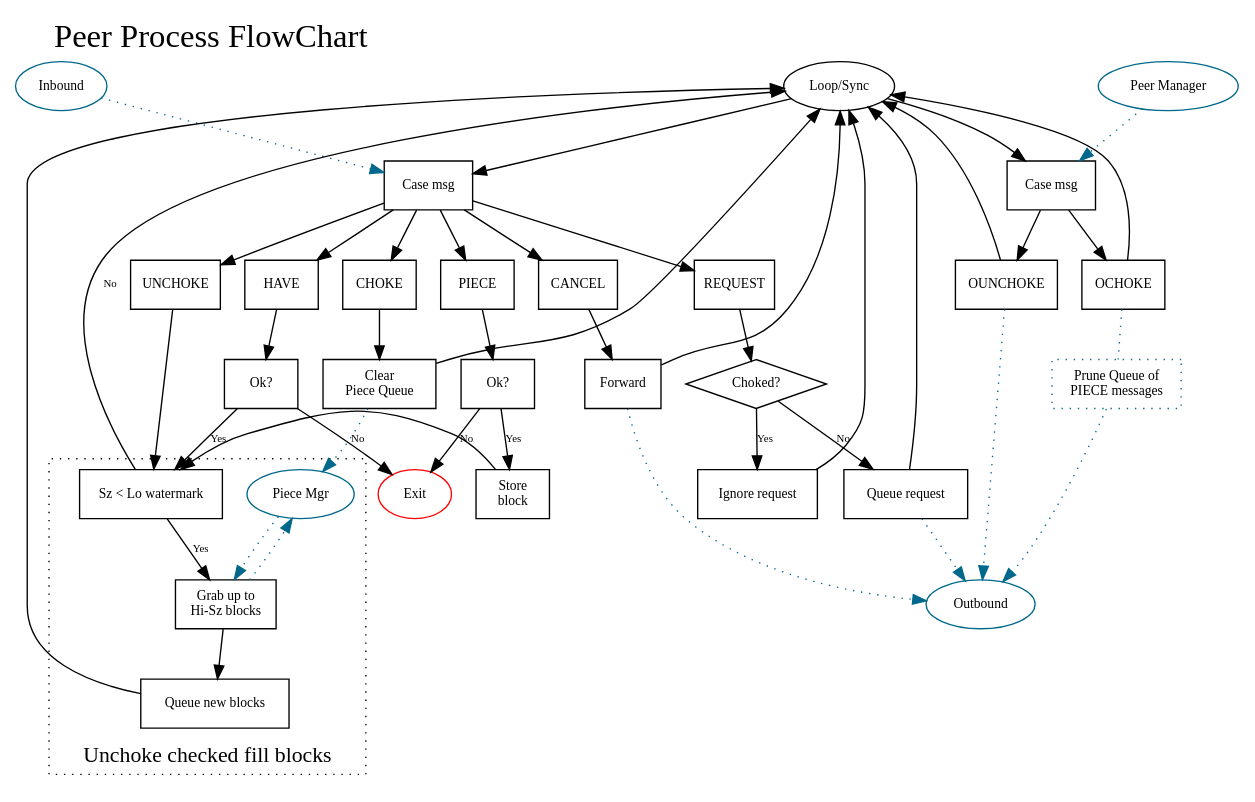
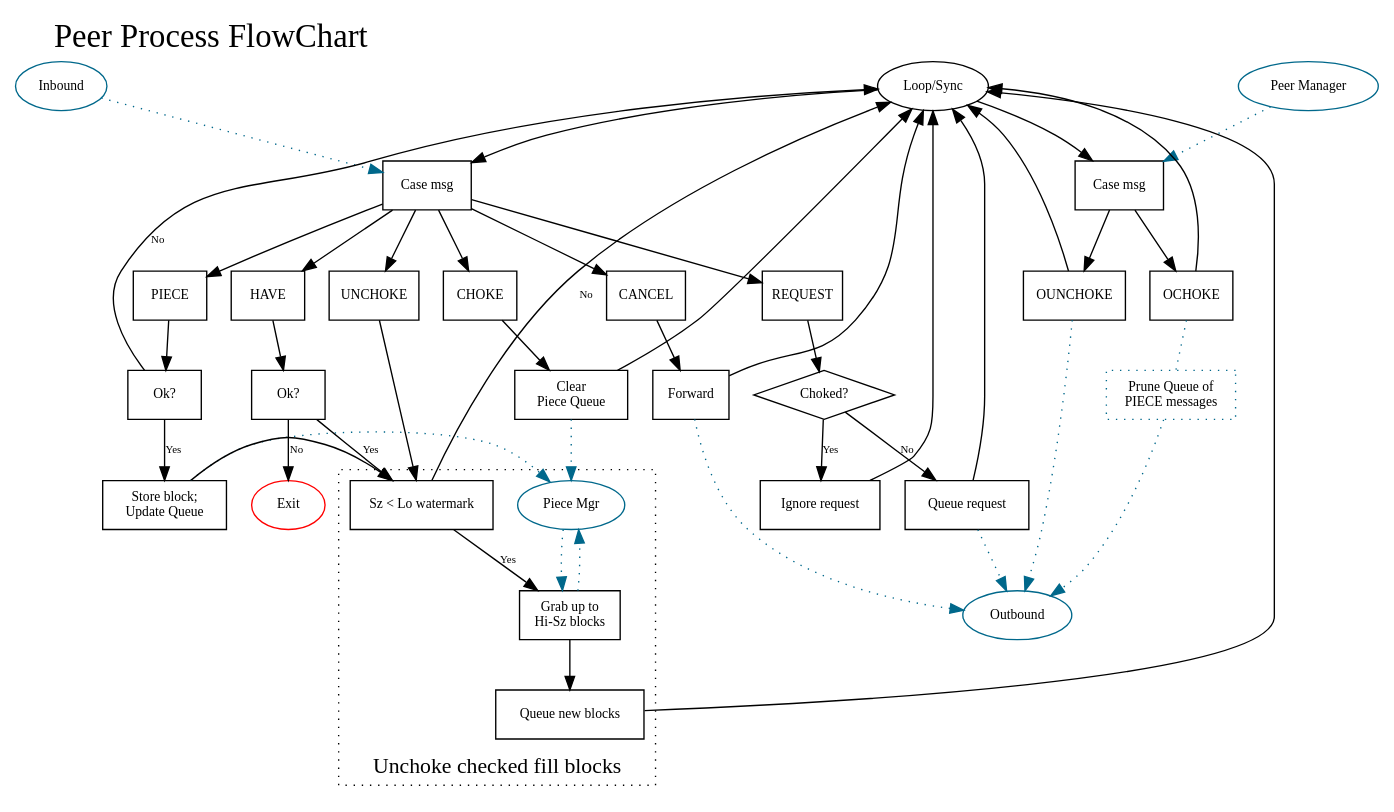
The diagram in doc/Peer.dot (jlouis/combinatorrent), drawn with Graphviz before and after one commit. The commit also changed 3 other files, not shown here.

```diff
--- a/doc/Peer.dot
+++ b/doc/Peer.dot
@@ -1,137 +1,138 @@
 digraph {
 	node [fontname="URW Gothic L",fontsize=10];
 	edge [fontname="URW Gothic L",fontsize=8];
 
 	labeljust = l;
 	labelloc = t;
 
 	fontsize = 24;
 	fontname="URW Gothic L";
 	label = "Peer Process FlowChart";
 
 
 	// External communication
 	{ rank=same;
 	  inbound [label="Inbound", shape=ellipse,color=deepskyblue4];
 	  loop [label="Loop/Sync"];
         }
 
 	outbound [label="Outbound", shape=ellipse,color=deepskyblue4];
 	peerMgr  [label="Peer Manager",shape=ellipse,color=deepskyblue4];
 	pieceMgr [label="Piece Mgr",shape=ellipse,color=deepskyblue4];
 
 	exit [label="Exit",color=red];
 
 	node [shape=box];
 
 	// Loop
 	caseMsg [label="Case msg"];
 	casePMMsg [label="Case msg"];
 
 	inbound -> caseMsg [style=dotted,color=deepskyblue4];
 	loop -> caseMsg;
 	peerMgr -> casePMMsg [style=dotted,color=deepskyblue4];
 	loop -> casePMMsg;
 
 	{ rank=same;
 	  piece [label="PIECE"];
 	  have [label="HAVE"];
 	  cancel [label="CANCEL"];
 	  unchoke [label="UNCHOKE"];
 	  choke [label="CHOKE"];
 	  request [label="REQUEST"];
 	  ochoke [label="OCHOKE"];
 	  ounchoke [label="OUNCHOKE"];
         }
 
 	// OUnchoke
 
 	casePMMsg -> ounchoke;
 	ounchoke -> outbound [style=dotted,color=deepskyblue4];
 	ounchoke -> loop;
 
 	// OChoke
 	chokePrune [label="Prune Queue of\nPIECE messages",style=dotted,shape=box,color=deepskyblue4];
 
 	casePMMsg -> ochoke;
 	ochoke -> chokePrune [style=dotted,color=deepskyblue4,arrowhead=none];
 	chokePrune -> outbound [style=dotted,color=deepskyblue4];
 	ochoke -> loop;
 
 	// Piece
 	pieceOk [label="Ok?"];
-	pieceStore [label="Store\nblock"];
+	pieceStore [label="Store block;\nUpdate Queue"];
 
 	piece -> pieceOk;
-	pieceOk -> exit [label="No"];
+	pieceOk -> loop [label="No"];
 	pieceOk -> pieceStore [label="Yes"];
 
 	pieceStore -> sizeCheck;
+	pieceStore -> pieceMgr [style=dotted,color=deepskyblue4];
 
 	caseMsg -> piece;
 
 	// Have
 	haveOk [label="Ok?"];
 
 	caseMsg -> have;
 	have -> haveOk;
 	haveOk -> exit [label="No"];
 	haveOk -> sizeCheck [label="Yes"];
 
 	// Cancel
 	cancelForward [label="Forward"];
 
 	caseMsg -> cancel;
 	cancel -> cancelForward;
 	cancelForward -> loop;
 	cancelForward -> outbound [style="dotted",color=deepskyblue4];
 
 	// Unchoke
 	caseMsg -> unchoke;
 	unchoke -> sizeCheck;
 
 	// Choke
 	clearPieceQueue [label="Clear\nPiece Queue"];
 
 	caseMsg -> choke;
 	choke -> clearPieceQueue;
 	clearPieceQueue -> pieceMgr [style=dotted,color=deepskyblue4];
 	clearPieceQueue -> loop;
 
 	// Request
 	requestChoked [label="Choked?",shape=diamond];
 	requestIgnore [label="Ignore request"];
 	queueRequest  [label="Queue request"];
 
 	caseMsg -> request;
 	request -> requestChoked;
 	requestChoked -> requestIgnore [label="Yes"];
 	requestIgnore -> loop;
 
 	requestChoked -> queueRequest [label="No"];
 
 	queueRequest -> loop;
 	queueRequest -> outbound [style=dotted,color=deepskyblue4];
 
 
 
 	subgraph cluster_fill_blocks {
 		 fontsize = 16;
 		 style = "dotted";
 		 labelloc=b
 		 label = "Unchoke checked fill blocks";
 
 		 sizeCheck [label="Sz < Lo watermark"];
 		 grabBlocks [label="Grab up to\nHi-Sz blocks"];
 		 queueBlocks [label="Queue new blocks"];
 
 		 sizeCheck -> loop [label="No"];
 		 sizeCheck -> grabBlocks [label="Yes"];
 
 		 grabBlocks -> pieceMgr [style=dotted,color=deepskyblue4];
 		 pieceMgr -> grabBlocks [style=dotted,color=deepskyblue4];
 
 		 grabBlocks -> queueBlocks;
 		 queueBlocks -> loop;
 	}
 }
```
